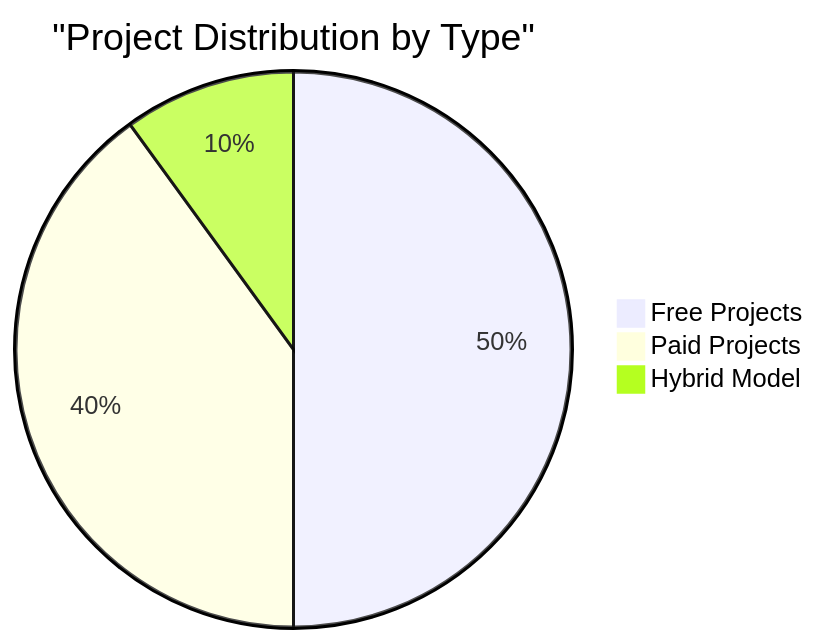
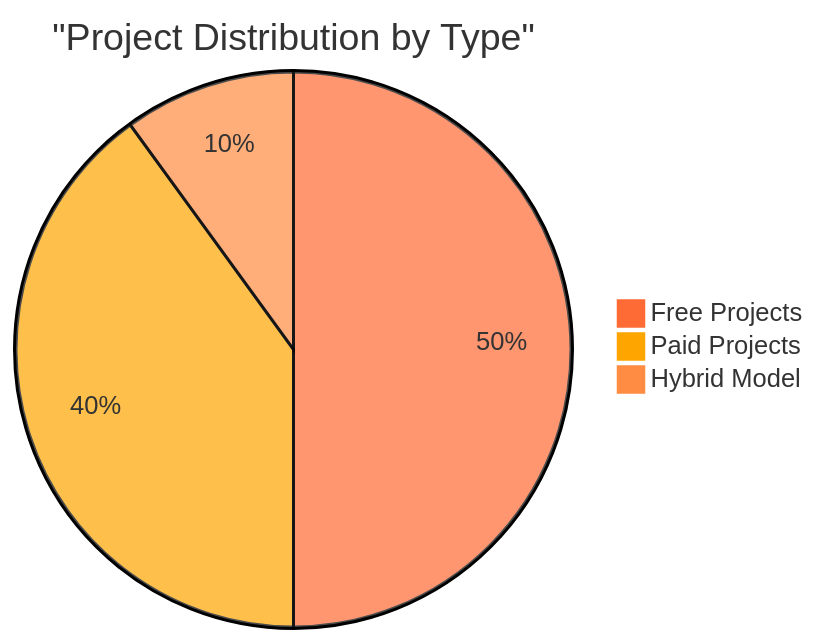
Before and after one commit to ZaryxStudios/.github: the diagram in profile/README.md, drawn with Mermaid. The commit also changed other lines of this file, not shown here.

````diff
--- a/profile/README.md
+++ b/profile/README.md
@@ -419,6 +423,7 @@
 ```mermaid
+%%{init: {'theme':'base', 'themeVariables': { 'pie1':'#FF6B35', 'pie2':'#FFA500', 'pie3':'#FF8C42'}}}%%
 pie title "Project Distribution by Type"
     "Free Projects" : 5
     "Paid Projects" : 4
     "Hybrid Model" : 1
 ```
````
